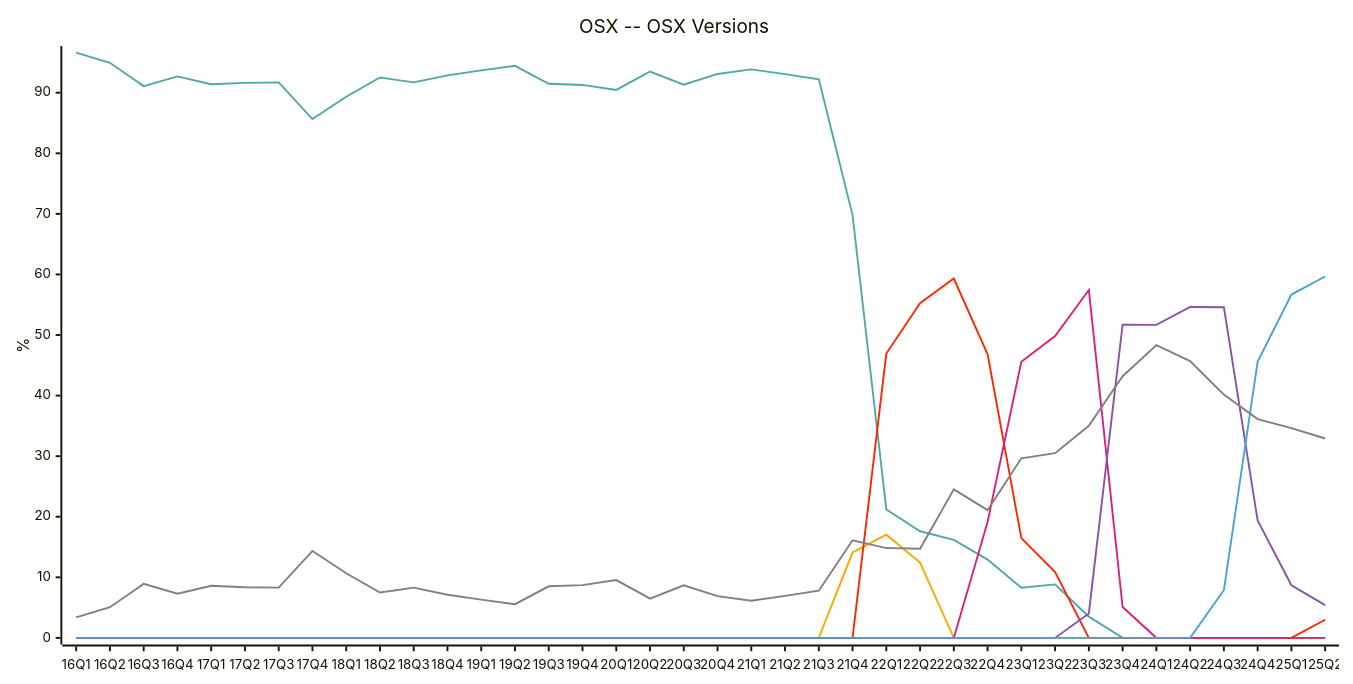
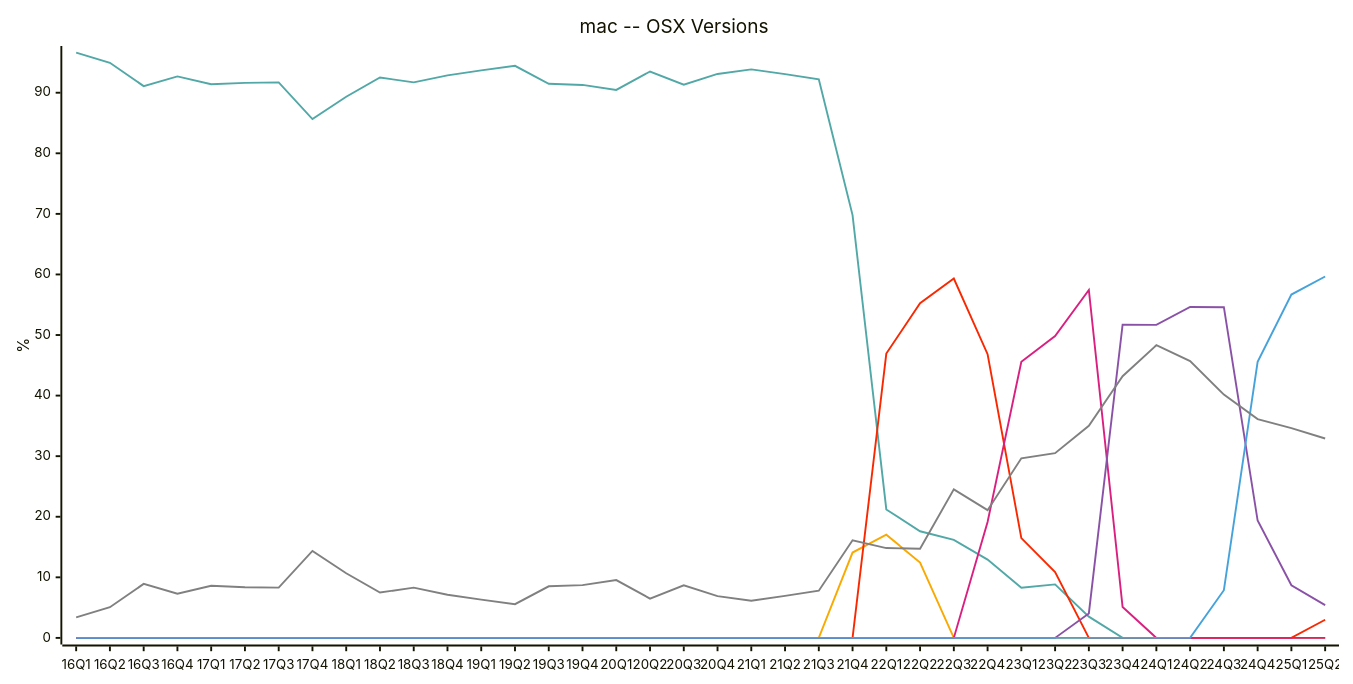
Diagram 13 of 22 in README.md (jdegene/steamHWsurvey), drawn with Mermaid before and after one commit. The commit also changed other lines of this file and 1 other file, not shown here.

````diff
--- a/README.md
+++ b/README.md
@@ -425,25 +425,25 @@
 ```mermaid
 ---
 config:
     xyChart:
         width: 1400
         height: 700
         
     themeVariables:
         xyChart:
             plotColorPalette: "#51a8a6,#f9a900,#f92800,#d92080,#8a52a6,#46a2da,#808080"
 
 --- 
 
 xychart-beta
-    title "OSX -- OSX Versions"
+    title "mac -- OSX Versions"
     x-axis [16Q1, 16Q2, 16Q3, 16Q4, 17Q1, 17Q2, 17Q3, 17Q4, 18Q1, 18Q2, 18Q3, 18Q4, 19Q1, 19Q2, 19Q3, 19Q4, 20Q1, 20Q2, 20Q3, 20Q4, 21Q1, 21Q2, 21Q3, 21Q4, 22Q1, 22Q2, 22Q3, 22Q4, 23Q1, 23Q2, 23Q3, 23Q4, 24Q1, 24Q2, 24Q3, 24Q4, 25Q1, 25Q2]
     y-axis "%" 
     line [96.60666666666667, 94.94000000000001, 91.09, 92.69666666666666, 91.39999999999999, 91.63333333333333, 91.69999999999999, 85.64, 89.34333333333333, 92.51499999999999, 91.70333333333333, 92.86666666666666, 93.67999999999999, 94.44, 91.48333333333333, 91.28666666666666, 90.46, 93.5, 91.325, 93.10000000000001, 93.85666666666667, 93.06, 92.21000000000001, 69.78999999999999, 21.2, 17.6, 16.17, 12.925, 8.28, 8.836666666666666, 3.51, 0, 0, 0, 0, 0, 0, 0]
     line [0, 0, 0, 0, 0, 0, 0, 0, 0, 0, 0, 0, 0, 0, 0, 0, 0, 0, 0, 0, 0, 0, 0, 14.09, 17.03, 12.44, 0, 0, 0, 0, 0, 0, 0, 0, 0, 0, 0, 0]
     line [0, 0, 0, 0, 0, 0, 0, 0, 0, 0, 0, 0, 0, 0, 0, 0, 0, 0, 0, 0, 0, 0, 0, 0, 46.945, 55.24, 59.32000000000001, 46.839999999999996, 16.465000000000003, 10.86, 0, 0, 0, 0, 0, 0, 0, 3.0]
     line [0, 0, 0, 0, 0, 0, 0, 0, 0, 0, 0, 0, 0, 0, 0, 0, 0, 0, 0, 0, 0, 0, 0, 0, 0, 0, 0, 19.145, 45.595, 49.82, 57.43000000000001, 5.09, 0, 0, 0, 0, 0, 0]
     line [0, 0, 0, 0, 0, 0, 0, 0, 0, 0, 0, 0, 0, 0, 0, 0, 0, 0, 0, 0, 0, 0, 0, 0, 0, 0, 0, 0, 0, 0, 4.04, 51.71, 51.68000000000001, 54.62666666666666, 54.59666666666667, 19.37333333333333, 8.683333333333334, 5.413333333333333]
     line [0, 0, 0, 0, 0, 0, 0, 0, 0, 0, 0, 0, 0, 0, 0, 0, 0, 0, 0, 0, 0, 0, 0, 0, 0, 0, 0, 0, 0, 0, 0, 0, 0, 0, 7.869999999999999, 45.58333333333333, 56.68333333333333, 59.66666666666667]
     line [3.38, 5.073333333333333, 8.92, 7.3, 8.61, 8.373333333333333, 8.3, 14.356666666666666, 10.673333333333336, 7.489999999999999, 8.296666666666667, 7.13, 6.3133333333333335, 5.57, 8.52, 8.709999999999999, 9.55, 6.49, 8.68, 6.905, 6.136666666666666, 6.946666666666666, 7.785, 16.12, 14.829999999999998, 14.719999999999999, 24.52, 21.085, 29.65, 30.493333333333332, 35.02, 43.205, 48.32, 45.7, 40.160000000000004, 36.11333333333333, 34.63666666666666, 32.92]
 ``` 
````
